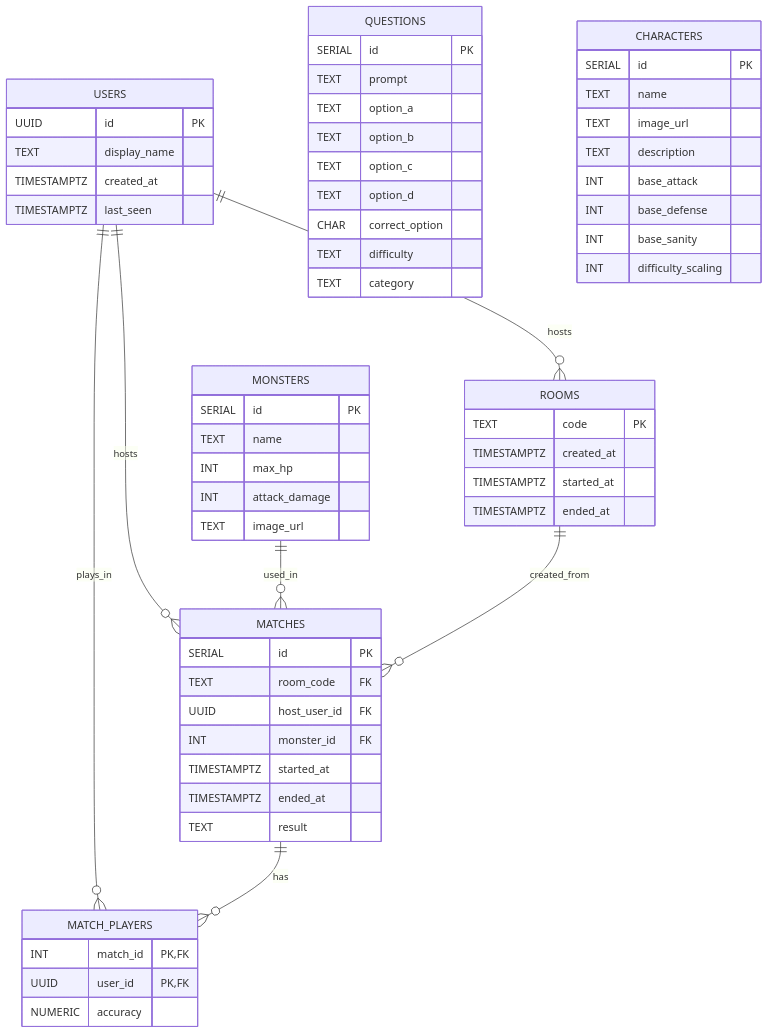
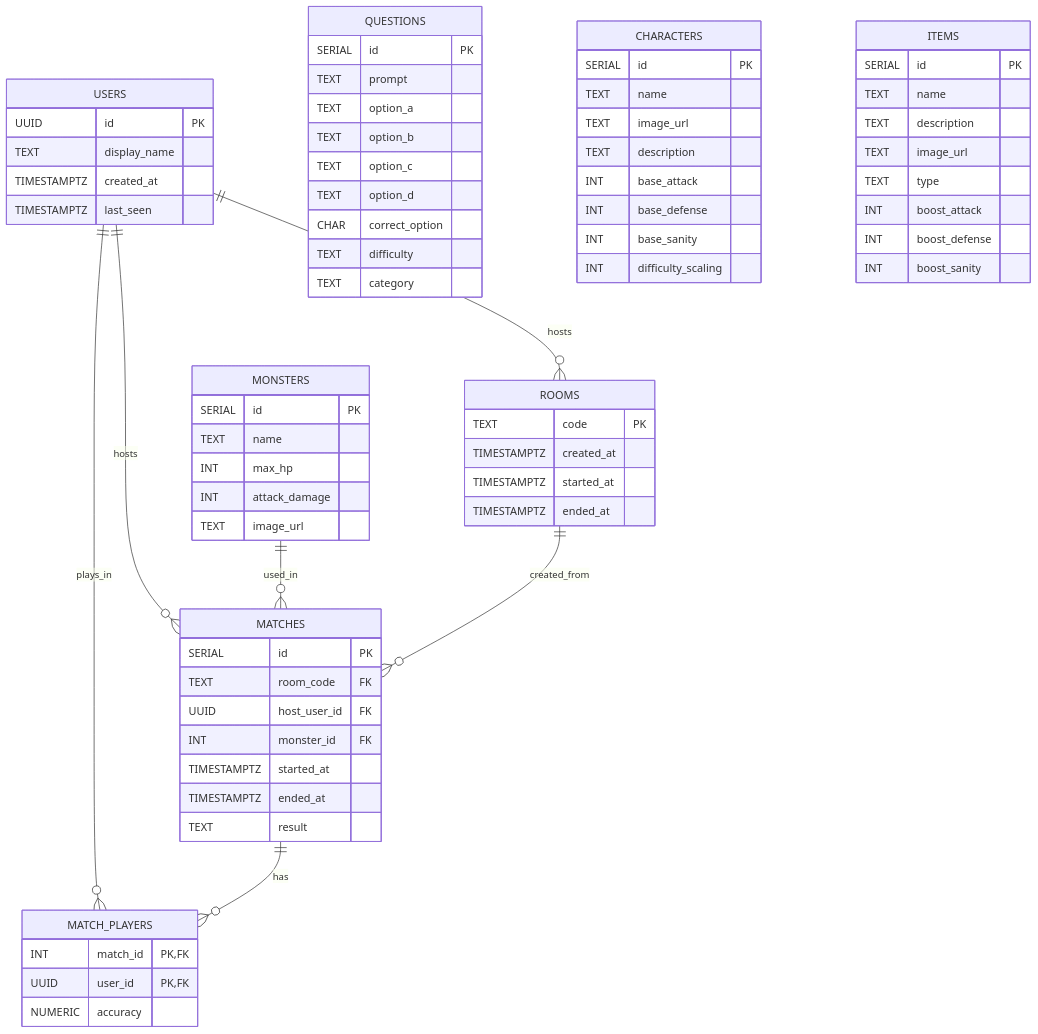
Before and after one commit to vertigo1919/eldritch-backend: the diagram in docs/planning/backend-draft.md, drawn with Mermaid.

Commit message:
docs: add items to ERD

````diff
--- a/docs/planning/backend-draft.md
+++ b/docs/planning/backend-draft.md
@@ -5,71 +5,82 @@
 ```mermaid
 erDiagram
   USERS {
     UUID id PK
     TEXT display_name
     TIMESTAMPTZ created_at
     TIMESTAMPTZ last_seen
   }
 
   QUESTIONS {
     SERIAL id PK
     TEXT prompt
     TEXT option_a
     TEXT option_b
     TEXT option_c
     TEXT option_d
     CHAR correct_option
     TEXT difficulty
     TEXT category
   }
 
   MONSTERS {
     SERIAL id PK
     TEXT name
     INT max_hp
     INT attack_damage
     TEXT image_url
   }
 
   CHARACTERS {
     SERIAL id PK
     TEXT name
     TEXT image_url
     TEXT description
     INT base_attack
     INT base_defense
     INT base_sanity
     INT difficulty_scaling
   }
 
   ROOMS {
     TEXT code PK
     TIMESTAMPTZ created_at
     TIMESTAMPTZ started_at
     TIMESTAMPTZ ended_at
   }
 
   MATCHES {
     SERIAL id PK
     TEXT room_code FK
     UUID host_user_id FK
     INT monster_id FK
     TIMESTAMPTZ started_at
     TIMESTAMPTZ ended_at
     TEXT result
   }
 
   MATCH_PLAYERS {
     INT match_id PK, FK
     UUID user_id PK, FK
     NUMERIC accuracy
   }
 
+ITEMS {
+  SERIAL id PK
+  TEXT name
+  TEXT description
+  TEXT image_url
+  TEXT type
+  INT boost_attack
+  INT boost_defense
+  INT boost_sanity
+}
+
   %% Relationships
   USERS ||--o{ ROOMS : hosts
   USERS ||--o{ MATCHES : hosts
   USERS ||--o{ MATCH_PLAYERS : plays_in
   MONSTERS ||--o{ MATCHES : used_in
   ROOMS ||--o{ MATCHES : created_from
   MATCHES ||--o{ MATCH_PLAYERS : has
 ```
````
